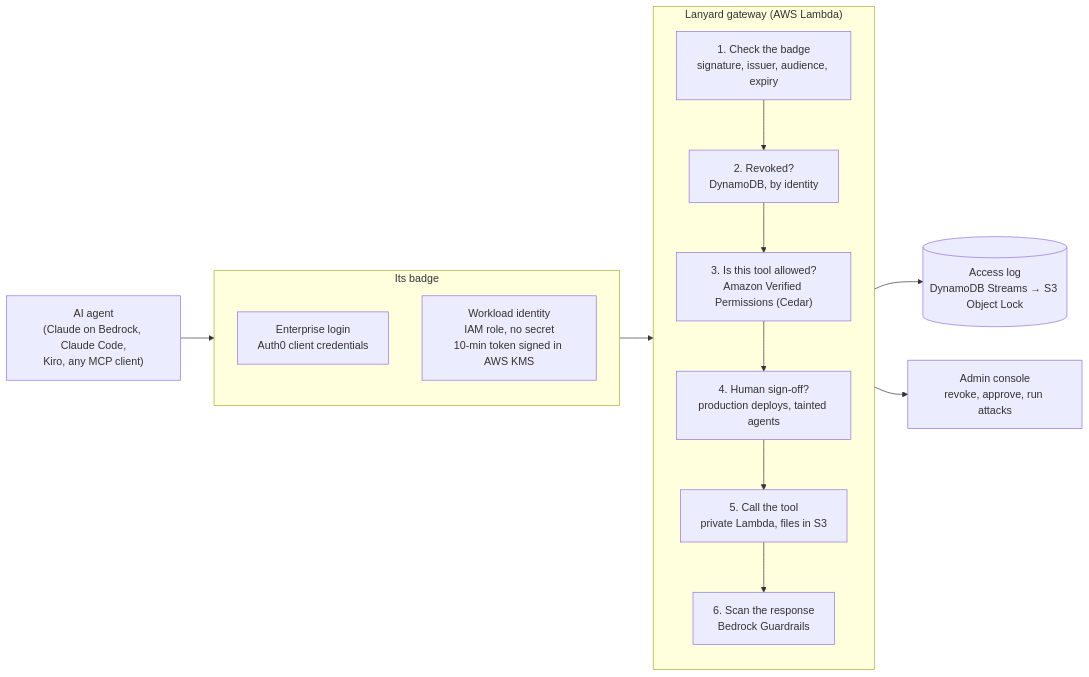
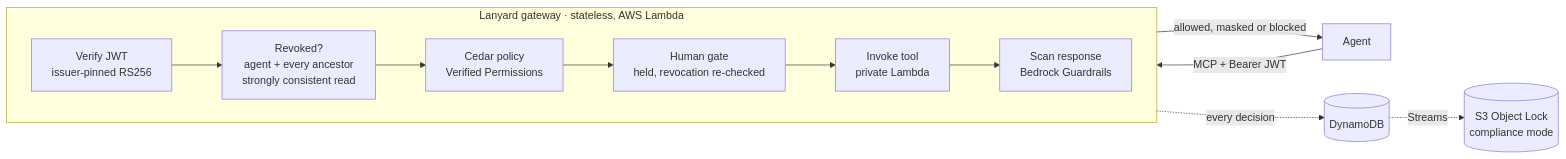
Before and after one commit to akrai37/Lanyard: the first of 3 diagrams in README.md, drawn with Mermaid. The commit also changed other lines of this file, not shown here.

Commit message:
README: rewrite around the design, request path, identity, Cedar policy, revocation guarantees, threat model

````diff
--- a/README.md
+++ b/README.md
@@ -39,20 +25,14 @@
 ```mermaid
 flowchart LR
-    A["AI agent<br/>(Claude on Bedrock, Claude Code,<br/>Kiro, any MCP client)"]
-    subgraph ID["Its badge"]
-        direction TB
-        I1["Enterprise login<br/>Auth0 client credentials"]
-        I2["Workload identity<br/>IAM role, no secret<br/>10-min token signed in AWS KMS"]
+    A["Agent"] -- "MCP + Bearer JWT" --> V
+    subgraph G["Lanyard gateway · stateless, AWS Lambda"]
+        direction LR
+        V["Verify JWT<br/>issuer-pinned RS256"] --> R["Revoked?<br/>agent + every ancestor<br/>strongly consistent read"]
+        R --> P["Cedar policy<br/>Verified Permissions"]
+        P --> H["Human gate<br/>held, revocation re-checked"]
+        H --> T["Invoke tool<br/>private Lambda"]
+        T --> S["Scan response<br/>Bedrock Guardrails"]
     end
-    subgraph G["Lanyard gateway (AWS Lambda)"]
-        direction TB
-        S1["1. Check the badge<br/>signature, issuer, audience, expiry"] --> S2["2. Revoked?<br/>DynamoDB, by identity"]
-        S2 --> S3["3. Is this tool allowed?<br/>Amazon Verified Permissions (Cedar)"]
-        S3 --> S4["4. Human sign-off?<br/>production deploys, tainted agents"]
-        S4 --> S5["5. Call the tool<br/>private Lambda, files in S3"]
-        S5 --> S6["6. Scan the response<br/>Bedrock Guardrails"]
-    end
-    A --> ID --> G
-    G --> L[("Access log<br/>DynamoDB Streams → S3 Object Lock")]
-    G --> C["Admin console<br/>revoke, approve, run attacks"]
+    S -- "allowed, masked or blocked" --> A
+    G -. "every decision" .-> D[("DynamoDB")] -. "Streams" .-> O[("S3 Object Lock<br/>compliance mode")]
 ```
````
